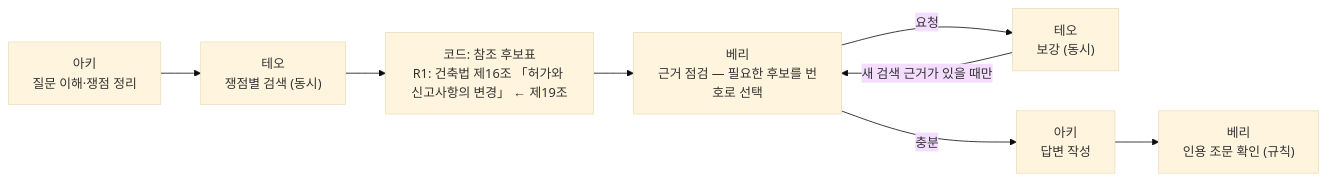
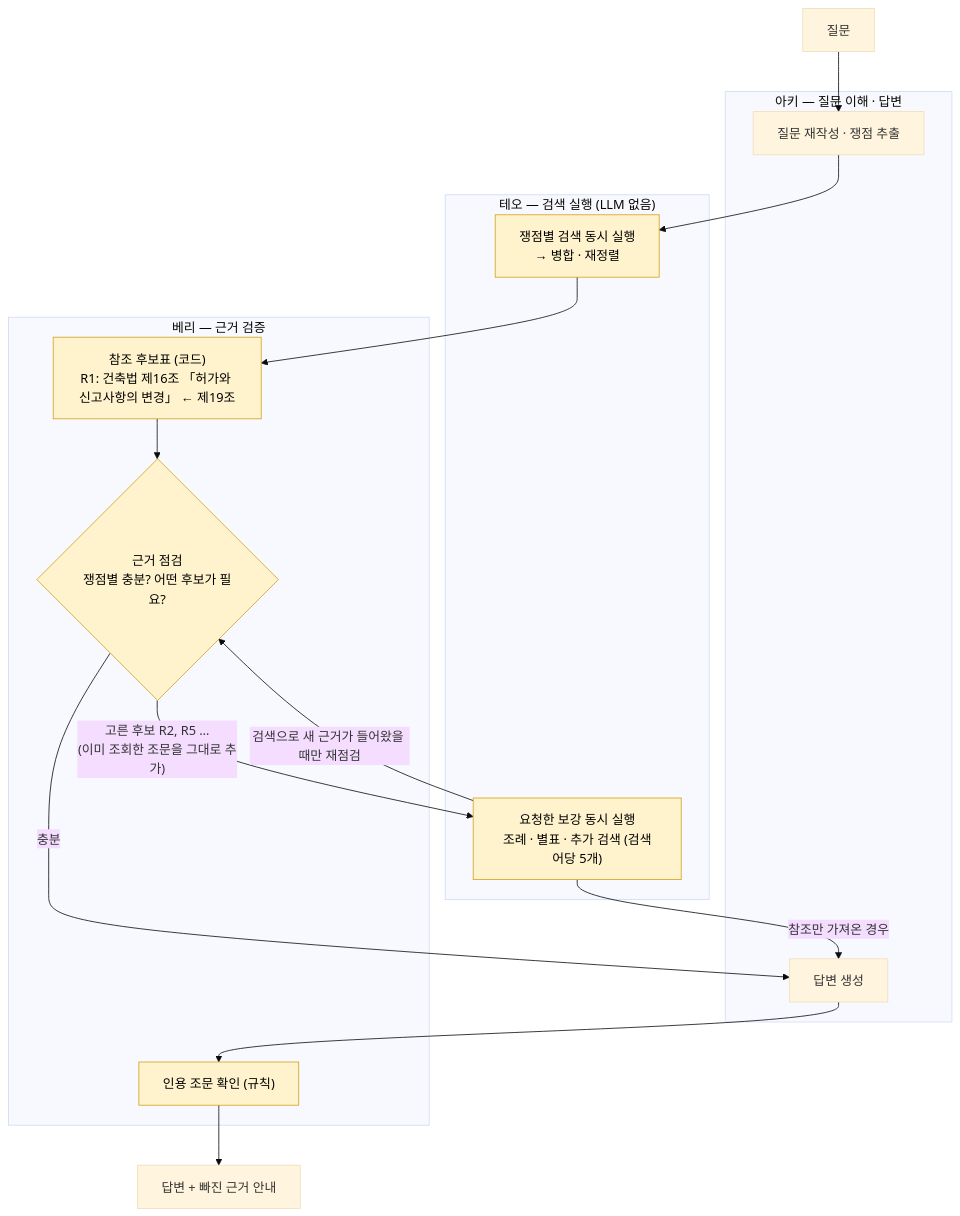
Before and after one commit to Hongbi-Kim/GROUNDED_public: the fourth of 4 diagrams in README.md, drawn with Mermaid (base theme). The commit also changed other lines of this file, not shown here.

Commit message:
Add v1/v2/v3 architecture diagrams with change highlights

````diff
--- a/README.md
+++ b/README.md
@@ -396,10 +129,28 @@
 ```mermaid
-flowchart LR
-  A1["아키<br/>질문 이해·쟁점 정리"] --> T1["테오<br/>쟁점별 검색 (동시)"]
-  T1 --> D["코드: 참조 후보표<br/>R1: 건축법 제16조 「허가와 신고사항의 변경」 ← 제19조"]
-  D --> B["베리<br/>근거 점검 — 필요한 후보를 번호로 선택"]
-  B -->|요청| T2["테오<br/>보강 (동시)"]
-  T2 -->|새 검색 근거가 있을 때만| B
-  B -->|충분| A2["아키<br/>답변 작성"]
-  A2 --> V["베리<br/>인용 조문 확인 (규칙)"]
+flowchart TD
+    U[질문] --> A1
+
+    subgraph AKI["아키 — 질문 이해 · 답변"]
+      A1["질문 재작성 · 쟁점 추출"]
+      A2["답변 생성"]
+    end
+    subgraph TEO["테오 — 검색 실행 (LLM 없음)"]
+      T1["쟁점별 검색 동시 실행<br/>→ 병합 · 재정렬"]
+      T2["요청한 보강 동시 실행<br/>조례 · 별표 · 추가 검색 (검색어당 5개)"]
+    end
+    subgraph BERI["베리 — 근거 검증"]
+      DG["참조 후보표 (코드)<br/>R1: 건축법 제16조 「허가와 신고사항의 변경」 ← 제19조"]
+      B1{"근거 점검<br/>쟁점별 충분? 어떤 후보가 필요?"}
+      V["인용 조문 확인 (규칙)"]
+    end
+
+    A1 --> T1 --> DG --> B1
+    B1 -->|"고른 후보 R2, R5 …<br/>(이미 조회한 조문을 그대로 추가)"| T2
+    T2 -->|검색으로 새 근거가 들어왔을 때만 재점검| B1
+    B1 -->|충분| A2
+    T2 -->|참조만 가져온 경우| A2
+    A2 --> V --> OUT["답변 + 빠진 근거 안내"]
+
+    classDef changed fill:#fff3cd,stroke:#d4a017,color:#000;
+    class T1,T2,DG,B1,V changed;
 ```
````
